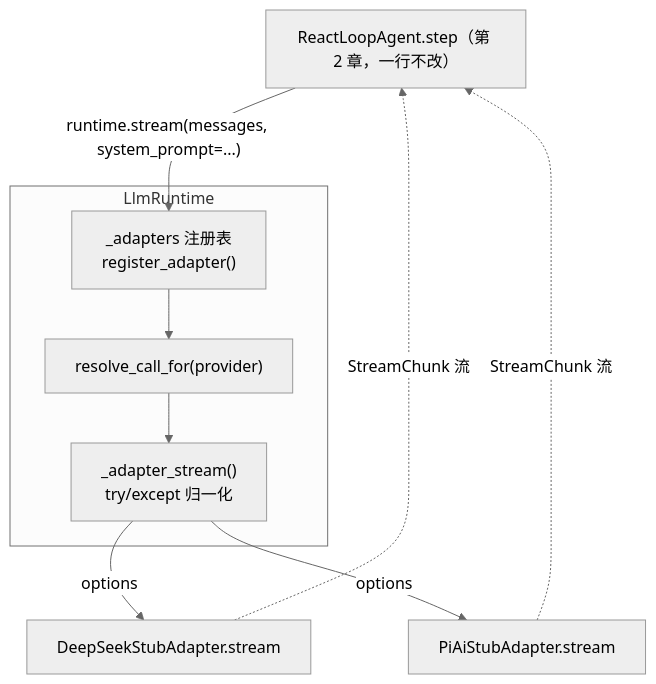
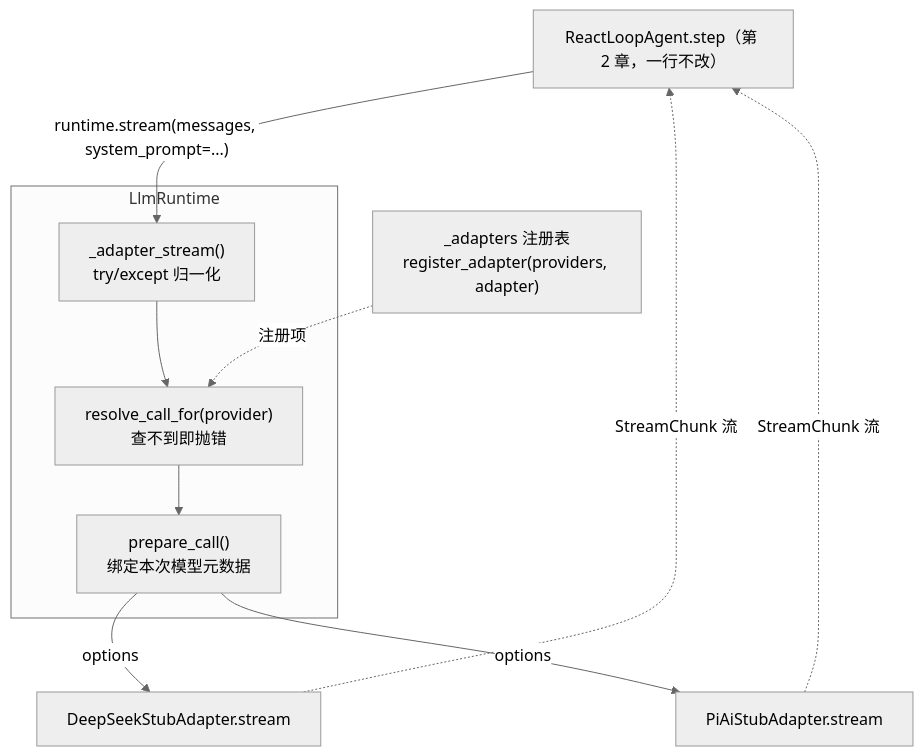
The first of 5 diagrams in ch07/ch07-llm-adaptation-streaming_zh.md (ChenYu1991ppak/deepseek-harness-anatomy), drawn with Mermaid (neutral theme) before and after one commit. The commit also changed other lines of this file and 124 other files, not shown here.

````diff
--- a/ch07/ch07-llm-adaptation-streaming_zh.md
+++ b/ch07/ch07-llm-adaptation-streaming_zh.md
@@ -106,12 +110,13 @@
 ```mermaid
 flowchart TB
-    STEP["ReactLoopAgent.step（第 2 章，一行不改）"] -- "runtime.stream(messages, system_prompt=...)" --> REG
+    STEP["ReactLoopAgent.step（第 2 章，一行不改）"] -- "runtime.stream(messages, system_prompt=...)" --> WRAP
     subgraph RT["LlmRuntime"]
-        REG["_adapters 注册表<br/>register_adapter()"] --> ROUTE["resolve_call_for(provider)"]
-        ROUTE --> WRAP["_adapter_stream()<br/>try/except 归一化"]
+        WRAP["_adapter_stream()<br/>try/except 归一化"] --> ROUTE["resolve_call_for(provider)<br/>查不到即抛错"]
+        ROUTE --> PREP["prepare_call()<br/>绑定本次模型元数据"]
     end
-    WRAP -- options --> DS["DeepSeekStubAdapter.stream"]
-    WRAP -- options --> PI["PiAiStubAdapter.stream"]
+    REG["_adapters 注册表<br/>register_adapter(providers, adapter)"] -. "注册项" .-> ROUTE
+    PREP -- options --> DS["DeepSeekStubAdapter.stream"]
+    PREP -- options --> PI["PiAiStubAdapter.stream"]
     DS -. "StreamChunk 流" .-> STEP
     PI -. "StreamChunk 流" .-> STEP
 ```
````
